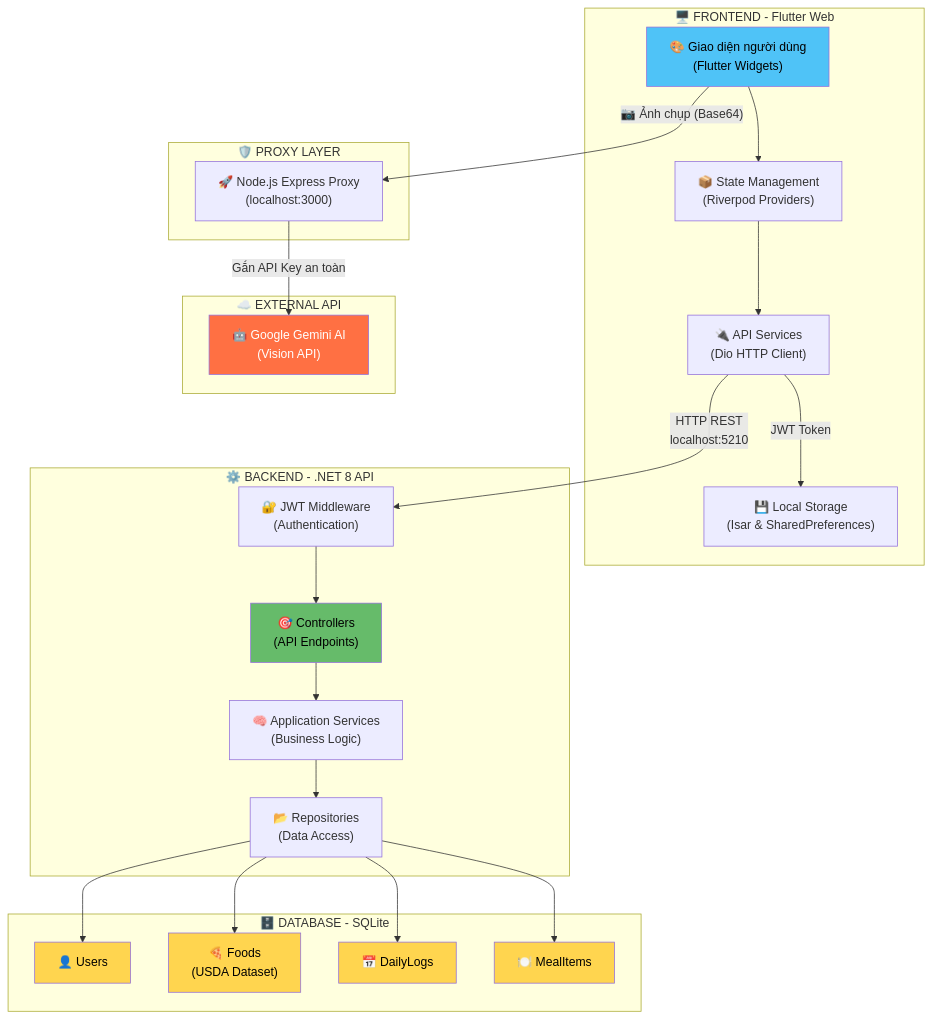
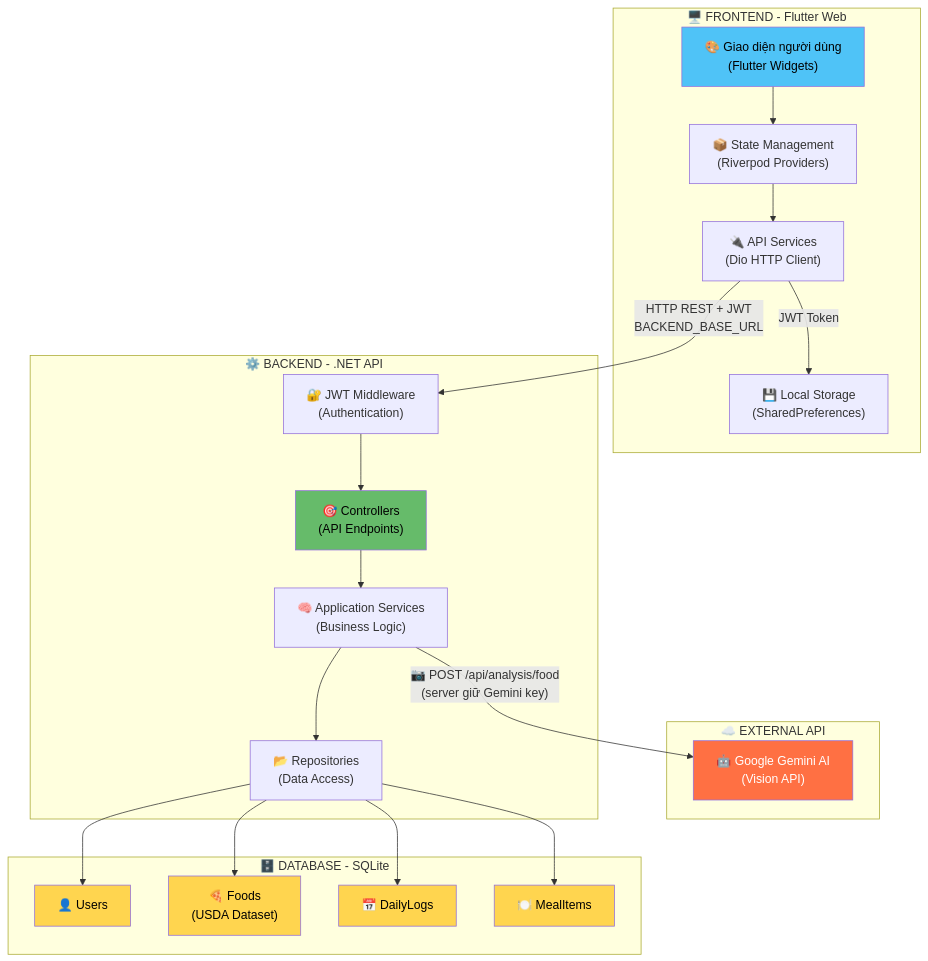
Before and after one commit to trangkhanh-ai/Calories-Tracking-App: the first of 9 diagrams in docs/SYSTEM_ARCHITECTURE.md, drawn with Mermaid. The commit also changed other lines of this file and 18 other files, not shown here.

````diff
--- a/docs/SYSTEM_ARCHITECTURE.md
+++ b/docs/SYSTEM_ARCHITECTURE.md
@@ -7,54 +7,49 @@
 ```mermaid
 graph TB
     subgraph "🖥️ FRONTEND - Flutter Web"
         UI["🎨 Giao diện người dùng<br/>(Flutter Widgets)"]
         PROV["📦 State Management<br/>(Riverpod Providers)"]
         SVC["🔌 API Services<br/>(Dio HTTP Client)"]
-        LOCAL["💾 Local Storage<br/>(Isar & SharedPreferences)"]
-    end
-
-    subgraph "🛡️ PROXY LAYER"
-        EXPRESS["🚀 Node.js Express Proxy<br/>(localhost:3000)"]
+        LOCAL["💾 Local Storage<br/>(SharedPreferences)"]
     end
 
     subgraph "☁️ EXTERNAL API"
         GEMINI["🤖 Google Gemini AI<br/>(Vision API)"]
     end
 
-    subgraph "⚙️ BACKEND - .NET 8 API"
+    subgraph "⚙️ BACKEND - .NET API"
         CTRL["🎯 Controllers<br/>(API Endpoints)"]
         BIZ["🧠 Application Services<br/>(Business Logic)"]
         REPO["📂 Repositories<br/>(Data Access)"]
         AUTH_MW["🔐 JWT Middleware<br/>(Authentication)"]
     end
 
     subgraph "🗄️ DATABASE - SQLite"
         DB_USER["👤 Users"]
         DB_FOOD["🍕 Foods<br/>(USDA Dataset)"]
         DB_LOG["📅 DailyLogs"]
         DB_MEAL["🍽️ MealItems"]
     end
 
     UI --> PROV
     PROV --> SVC
-    SVC -->|"HTTP REST<br/>localhost:5210"| AUTH_MW
+    SVC -->|"HTTP REST + JWT<br/>BACKEND_BASE_URL"| AUTH_MW
     SVC -->|"JWT Token"| LOCAL
-    UI -->|"📷 Ảnh chụp (Base64)"| EXPRESS
-    EXPRESS -->|"Gắn API Key an toàn"| GEMINI
+    BIZ -->|"📷 POST /api/analysis/food<br/>(server giữ Gemini key)"| GEMINI
 
     AUTH_MW --> CTRL
     CTRL --> BIZ
     BIZ --> REPO
     REPO --> DB_USER
     REPO --> DB_FOOD
     REPO --> DB_LOG
     REPO --> DB_MEAL
 
     style UI fill:#4FC3F7,color:#000
     style GEMINI fill:#FF7043,color:#fff
     style CTRL fill:#66BB6A,color:#000
     style DB_USER fill:#FFD54F,color:#000
     style DB_FOOD fill:#FFD54F,color:#000
     style DB_LOG fill:#FFD54F,color:#000
     style DB_MEAL fill:#FFD54F,color:#000
 ```
````
